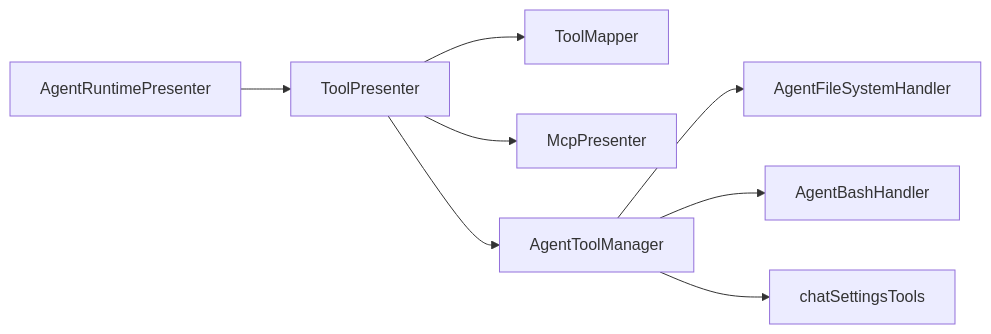
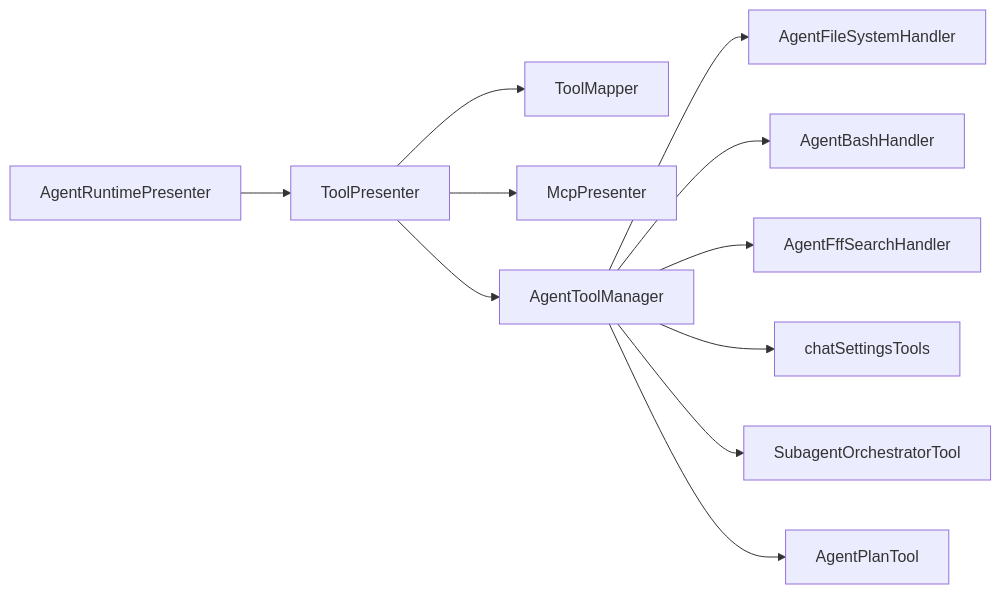
One commit to ThinkInAIXYZ/deepchat changed the first of 2 diagrams in docs/architecture/tool-system.md. Above: the diagram before and after it, drawn with Mermaid. The commit also changed other lines of this file and 198 other files, not shown here.

````diff
--- a/docs/architecture/tool-system.md
+++ b/docs/architecture/tool-system.md
@@ -21,10 +26,13 @@
 ```mermaid
 graph LR
     DeepChat["AgentRuntimePresenter"] --> ToolPresenter["ToolPresenter"]
     ToolPresenter --> Mapper["ToolMapper"]
     ToolPresenter --> Mcp["McpPresenter"]
     ToolPresenter --> AgentTools["AgentToolManager"]
     AgentTools --> Fs["AgentFileSystemHandler"]
     AgentTools --> Bash["AgentBashHandler"]
+    AgentTools --> FFF["AgentFffSearchHandler"]
     AgentTools --> Settings["chatSettingsTools"]
+    AgentTools --> Subagents["SubagentOrchestratorTool"]
+    AgentTools --> Plan["AgentPlanTool"]
 ```
````
